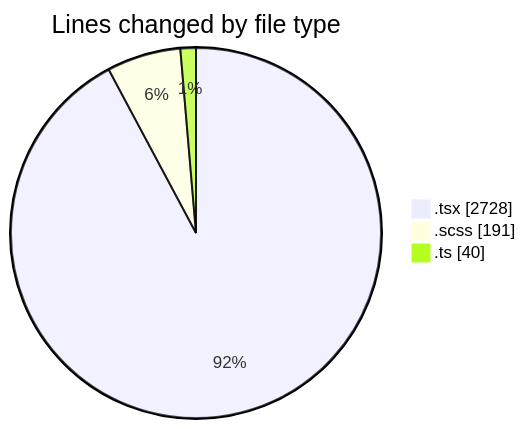
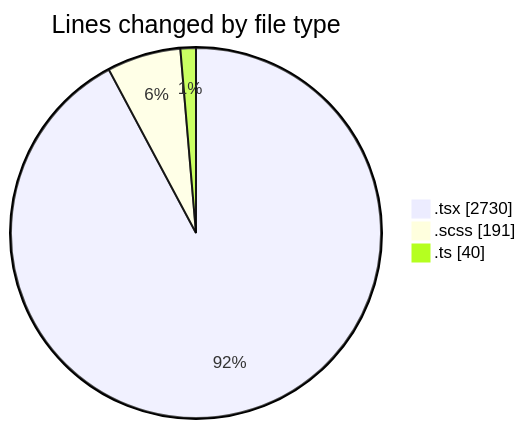
The first of 2 diagrams in 2025-04-04/cda/README.md (momahboobian/code-tracking), drawn with Mermaid before and after one commit. The commit also changed other lines of this file and 1 other file, not shown here.

````diff
--- a/2025-04-04/cda/README.md
+++ b/2025-04-04/cda/README.md
@@ -32,7 +32,7 @@
 ```mermaid
 pie showData
 title Lines changed by file type
-".tsx" : 2728
+".tsx" : 2730
 ".scss" : 191
 ".ts" : 40
 ```
````
